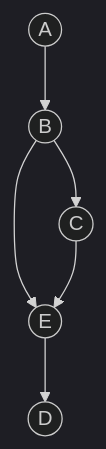
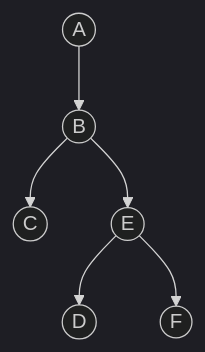
Before and after one commit to vv-work/NewKB: the diagram in 00_LC_Algo/Graph/Adjacency_List.md, drawn with Mermaid (dark theme). The commit also changed 17 other files, not shown here.

````diff
--- a/00_LC_Algo/Graph/Adjacency_List.md
+++ b/00_LC_Algo/Graph/Adjacency_List.md
@@ -23,8 +23,9 @@
 ```mermaid 
 graph TD
 A(("A")) --> B
 B(("B")) --> C 
 B(("B")) --> E 
-C(("C")) --> E 
+C(("C"))  
 E(("E")) --> D((D)) 
+E(("E")) --> F((F)) 
 ```
````
